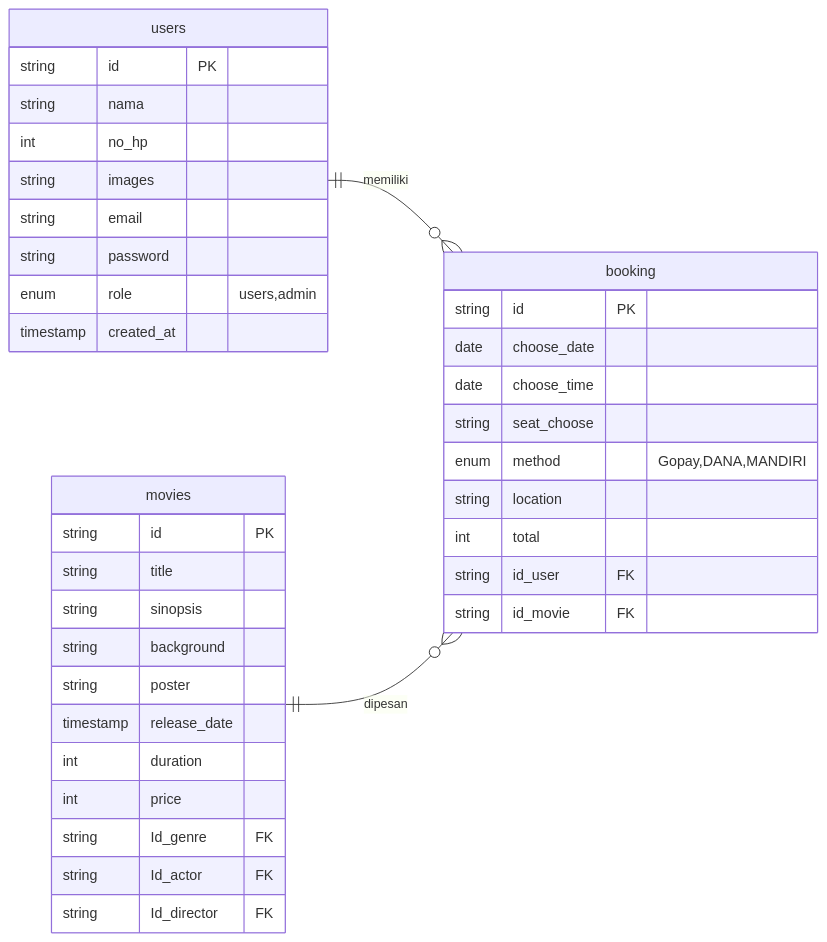
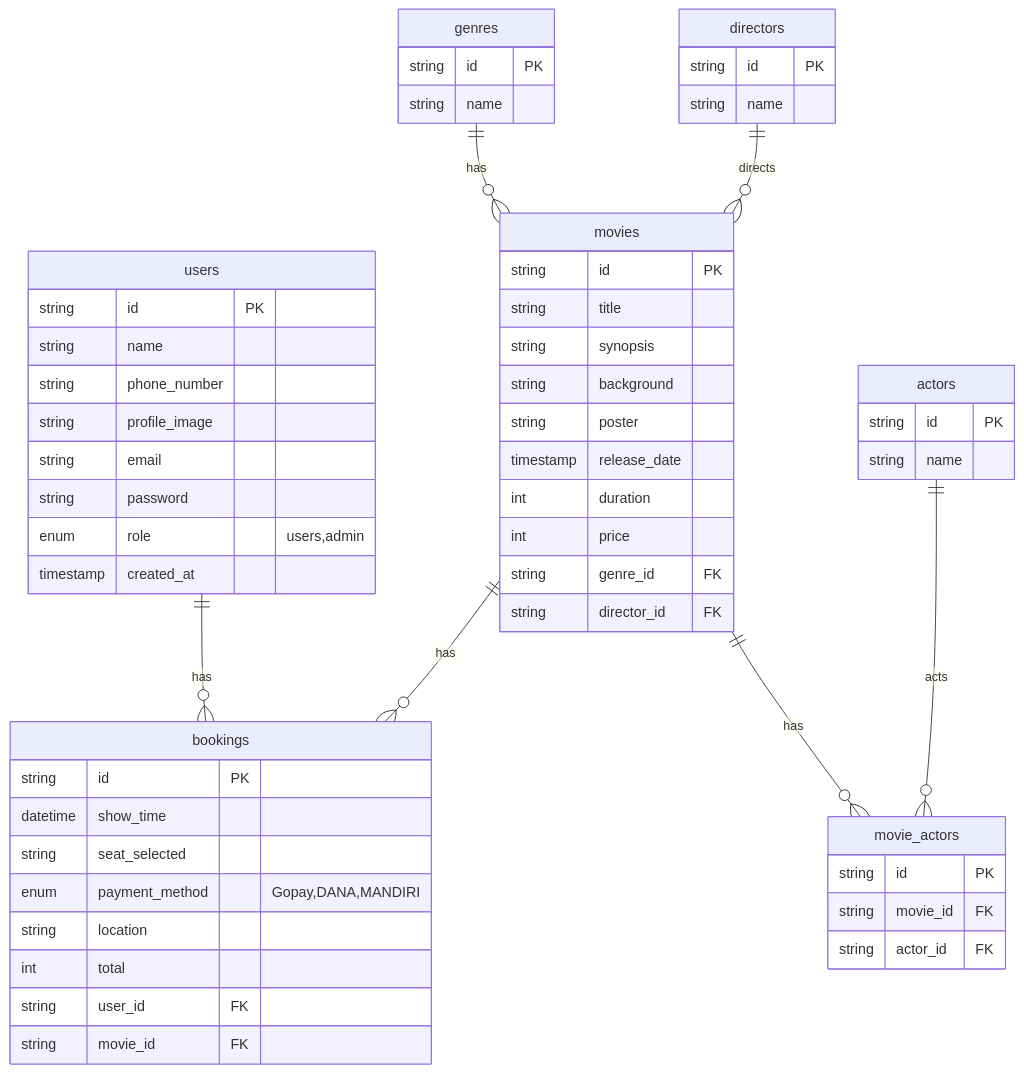
Before and after one commit to HN721/fgo24-db-weeklytask: the diagram in readme.md, drawn with Mermaid.

Commit message:
feat:create erd movxtar v1

````diff
--- a/readme.md
+++ b/readme.md
@@ -3,42 +3,67 @@
 ```mermaid
 erDiagram
-direction LR
-users ||--o{ booking : memiliki
-movies ||--o{ booking : dipesan
+    users ||--o{ bookings : has
+    movies ||--o{ bookings : has
+    genres ||--o{ movies : has
+    directors ||--o{ movies : directs
+    actors ||--o{ movie_actors : acts
+    movies ||--o{ movie_actors : has
 
-users{
-    string id PK
-    string nama
-    int no_hp
-    string images
-    string email
-    string password
-    enum role "users,admin"
-    timestamp created_at
-}
-movies{
-    string id PK
-    string title
-    string sinopsis
-    string background
-    string poster
-    timestamp release_date
-    int duration
-    int price
-    string Id_genre FK
-    string Id_actor FK
-    string Id_director FK
-}
-booking{
-    string id PK
-    date choose_date
-    date choose_time
-    string seat_choose
-    enum method "Gopay,DANA,MANDIRI"
-    string location
-    int total
-    string id_user FK
-    string id_movie FK
-}
+    users {
+        string id PK
+        string name
+        string phone_number
+        string profile_image
+        string email
+        string password
+        enum role "users,admin"
+        timestamp created_at
+    }
+
+    movies {
+        string id PK
+        string title
+        string synopsis
+        string background
+        string poster
+        timestamp release_date
+        int duration
+        int price
+        string genre_id FK
+        string director_id FK
+    }
+
+    bookings {
+        string id PK
+        datetime show_time
+        string seat_selected
+        enum payment_method "Gopay,DANA,MANDIRI"
+        string location
+        int total
+        string user_id FK
+        string movie_id FK
+    }
+
+    directors {
+        string id PK
+        string name
+    }
+
+    genres {
+        string id PK
+        string name
+    }
+
+    actors {
+        string id PK
+        string name
+    }
+
+    movie_actors {
+        string id PK
+        string movie_id FK
+        string actor_id FK
+    }
+
 
 ```
````
